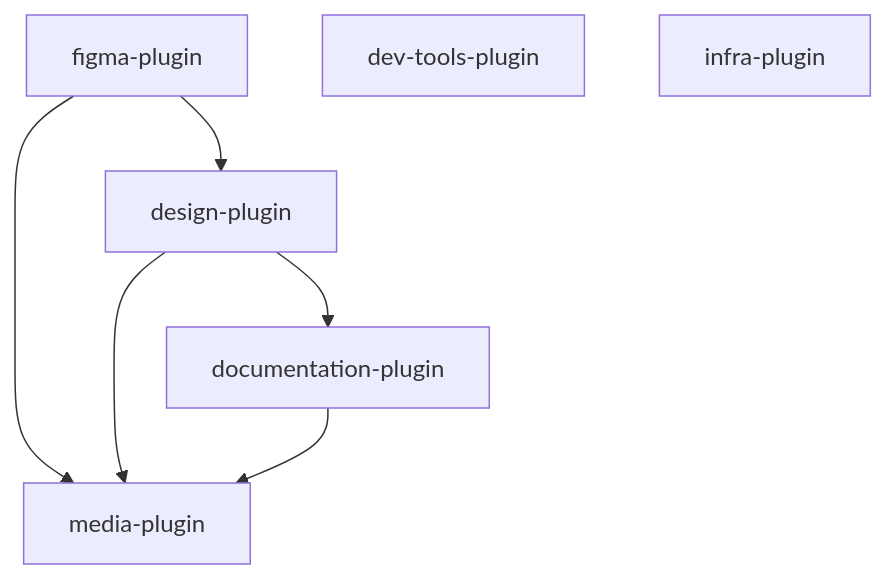
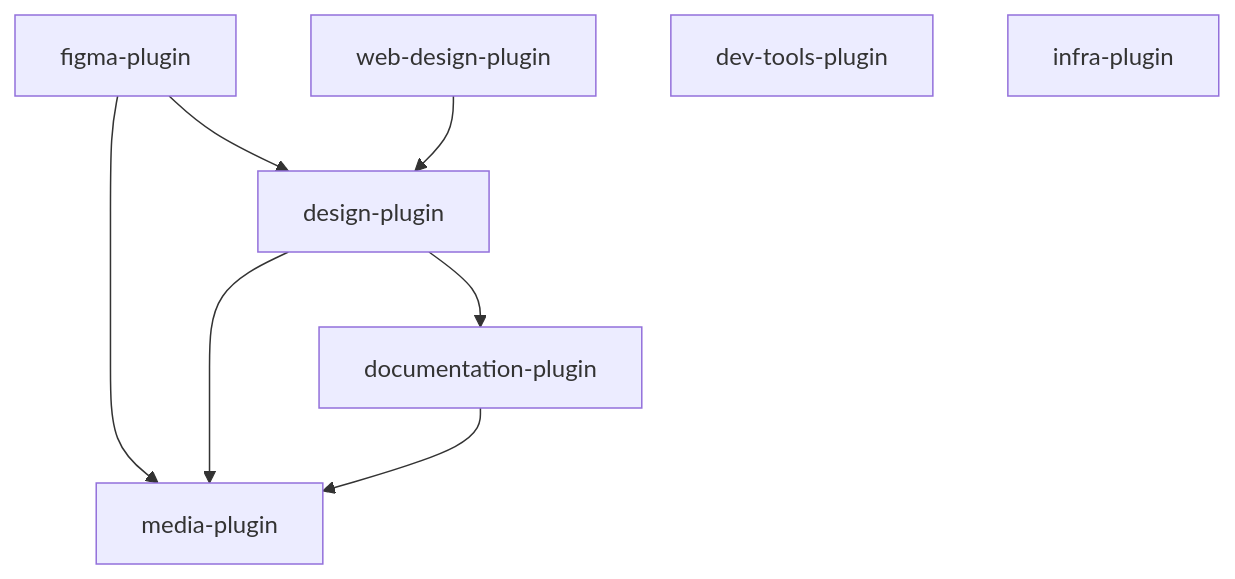
The diagram in README.md (lukaskellerstein/claude-my-marketplace), drawn with Mermaid before and after one commit. The commit also changed other lines of this file and 4 other files, not shown here.

Commit message:
add web-design-plugin to marketplace and update README

````diff
--- a/README.md
+++ b/README.md
@@ -54,10 +63,11 @@
 ```mermaid
 graph TD
     figma[figma-plugin] --> media[media-plugin]
     figma --> design[design-plugin]
+    webdesign[web-design-plugin] --> design
     design --> media
     design --> docs[documentation-plugin]
     docs --> media
     dev[dev-tools-plugin]
     infra[infra-plugin]
 ```
````
